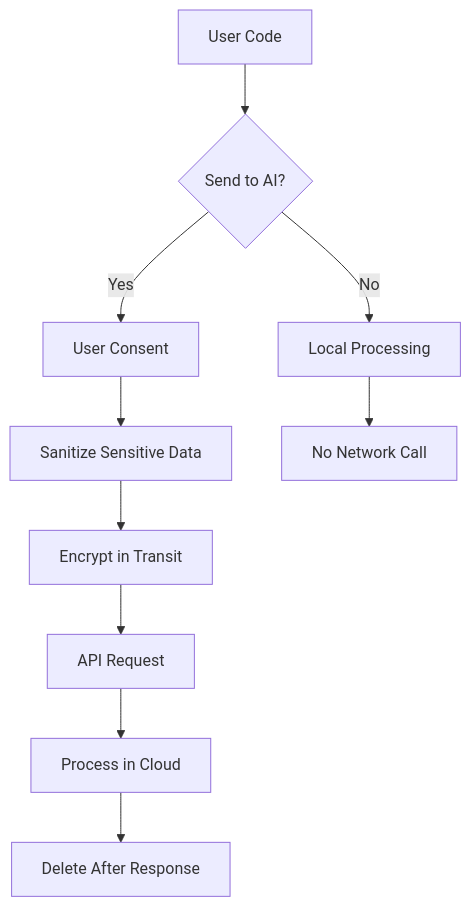
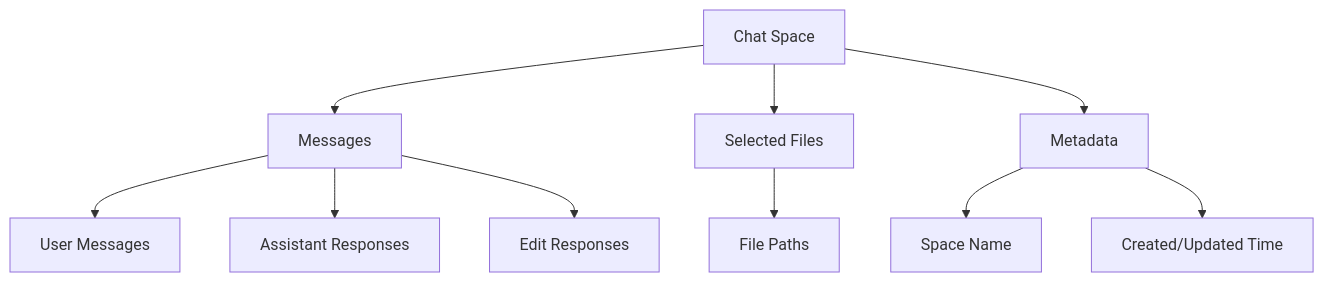
One commit to Stasshe/Pyxis-CodeCanvas changed diagram 21 of 23 in docs/AI-SYSTEM.md. Above: the diagram before and after it, drawn with Mermaid. The commit also changed other lines of this file and 3 other files, not shown here.

````diff
--- a/docs/AI-SYSTEM.md
+++ b/docs/AI-SYSTEM.md
@@ -814,15 +716,15 @@
 ```mermaid
 graph TB
-    A[User Code] --> B{Send to AI?}
-    B -->|Yes| C[User Consent]
-    B -->|No| D[Local Processing]
+    A[Chat Space] --> B[Messages]
+    A --> C[Selected Files]
+    A --> D[Metadata]
     
-    C --> E[Sanitize Sensitive Data]
-    E --> F[Encrypt in Transit]
-    F --> G[API Request]
+    B --> B1[User Messages]
+    B --> B2[Assistant Responses]
+    B --> B3[Edit Responses]
     
-    G --> H[Process in Cloud]
-    H --> I[Delete After Response]
+    C --> C1[File Paths]
     
-    D --> J[No Network Call]
+    D --> D1[Space Name]
+    D --> D2[Created/Updated Time]
 ```
````
